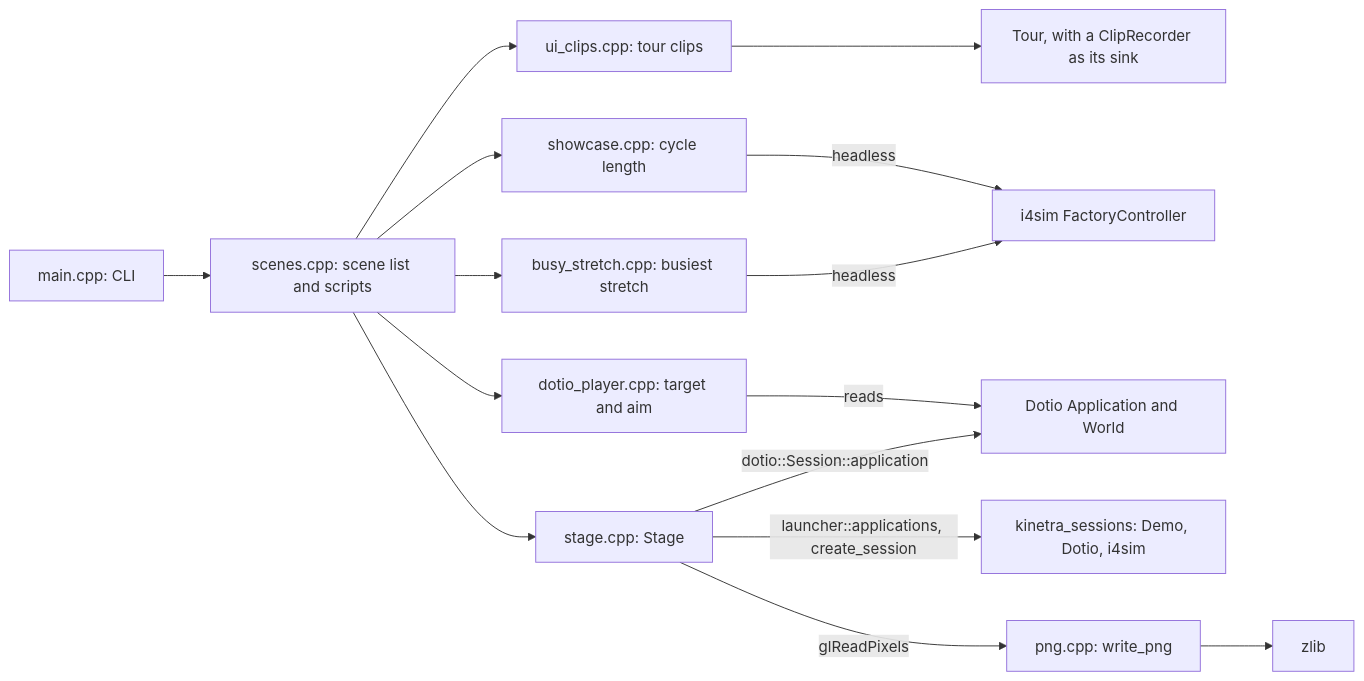
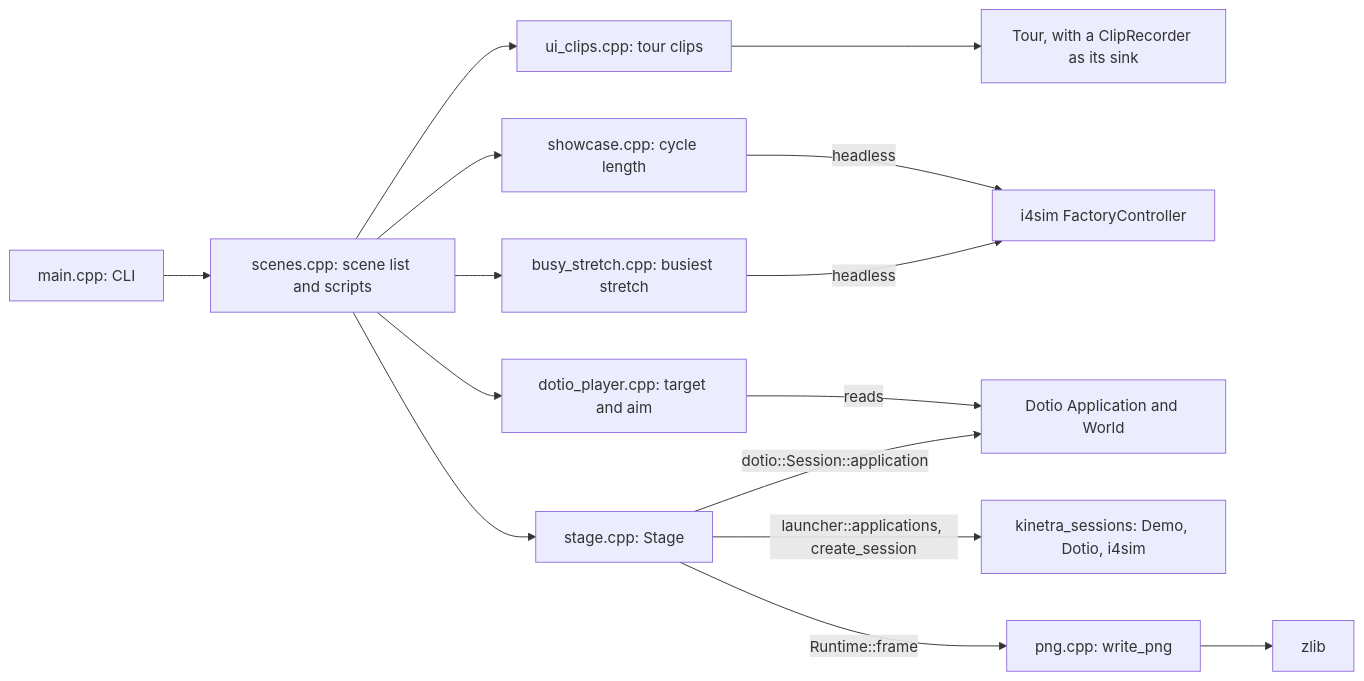
Before and after one commit to SMB-M87/Kinetra-Lab: the first of 3 diagrams in tools/capture/README.md, drawn with Mermaid. The commit also changed other lines of this file and 6 other files, not shown here.

First line of the commit message:
refactor(capture): read frames through Kinetra's frame read-back

````diff
--- a/tools/capture/README.md
+++ b/tools/capture/README.md
@@ -55,17 +55,17 @@
 ```mermaid
 flowchart LR
     Main[main.cpp: CLI] --> Scenes[scenes.cpp: scene list and scripts]
     Scenes --> Stage[stage.cpp: Stage]
     Scenes --> Showcase[showcase.cpp: cycle length]
     Scenes --> Busy[busy_stretch.cpp: busiest stretch]
     Scenes --> Player[dotio_player.cpp: target and aim]
     Scenes --> Ui[ui_clips.cpp: tour clips]
     Ui --> Tour[Tour, with a ClipRecorder as its sink]
     Showcase -->|headless| Controller[i4sim FactoryController]
     Busy -->|headless| Controller
     Player -->|reads| World[Dotio Application and World]
     Stage -->|launcher::applications, create_session| Sessions[kinetra_sessions: Demo, Dotio, i4sim]
     Stage -->|dotio::Session::application| World
-    Stage -->|glReadPixels| Png[png.cpp: write_png]
+    Stage -->|Runtime::frame| Png[png.cpp: write_png]
     Png --> Zlib[zlib]
 ```
````
